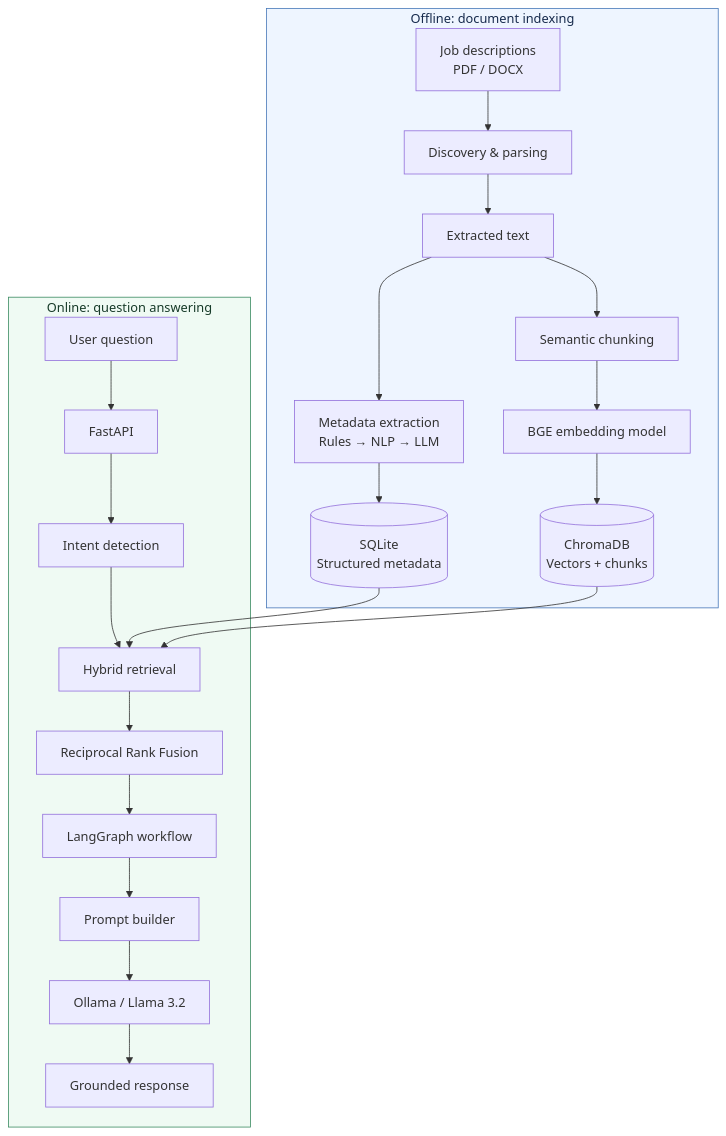
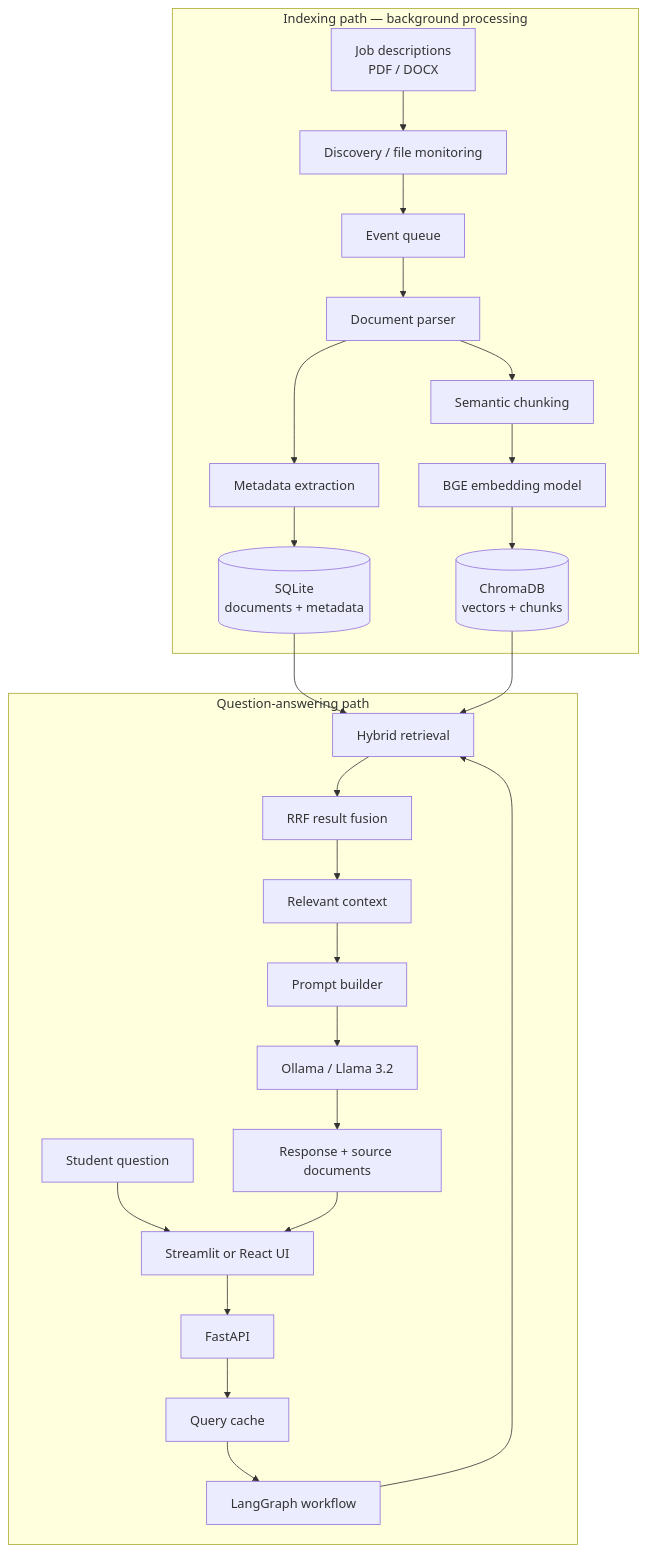
One commit to pratik-0302/job_description_agent changed the first of 10 diagrams in README.md. Above: the diagram before and after it, drawn with Mermaid. The commit also changed other lines of this file, not shown here.

Commit message:
Expand README with complete documentation and Mermaid diagrams

````diff
--- a/README.md
+++ b/README.md
@@ -40,28 +73,29 @@
 ```mermaid
 flowchart TB
-    subgraph OFFLINE["Offline: document indexing"]
-        A["Job descriptions<br/>PDF / DOCX"] --> B["Discovery & parsing"]
-        B --> C["Extracted text"]
-        C --> D["Metadata extraction<br/>Rules → NLP → LLM"]
-        C --> E["Semantic chunking"]
-        D --> F[("SQLite<br/>Structured metadata")]
-        E --> G["BGE embedding model"]
-        G --> H[("ChromaDB<br/>Vectors + chunks")]
+    subgraph INDEX["Indexing path — background processing"]
+        FILES["Job descriptions<br/>PDF / DOCX"] --> WATCH["Discovery / file monitoring"]
+        WATCH --> QUEUE["Event queue"]
+        QUEUE --> PARSE["Document parser"]
+        PARSE --> EXTRACT["Metadata extraction"]
+        PARSE --> CHUNK["Semantic chunking"]
+        EXTRACT --> SQL[("SQLite<br/>documents + metadata")]
+        CHUNK --> EMBED["BGE embedding model"]
+        EMBED --> CHROMA[("ChromaDB<br/>vectors + chunks")]
     end
 
-    subgraph ONLINE["Online: question answering"]
-        Q["User question"] --> API["FastAPI"]
-        API --> I["Intent detection"]
-        I --> R["Hybrid retrieval"]
-        F --> R
-        H --> R
-        R --> RR["Reciprocal Rank Fusion"]
-        RR --> LG["LangGraph workflow"]
-        LG --> P["Prompt builder"]
-        P --> L["Ollama / Llama 3.2"]
-        L --> OUT["Grounded response"]
+    subgraph QUERY["Question-answering path"]
+        USER["Student question"] --> UI["Streamlit or React UI"]
+        UI --> API["FastAPI"]
+        API --> CACHE["Query cache"]
+        CACHE --> GRAPH["LangGraph workflow"]
+        GRAPH --> RETRIEVE["Hybrid retrieval"]
+        SQL --> RETRIEVE
+        CHROMA --> RETRIEVE
+        RETRIEVE --> FUSION["RRF result fusion"]
+        FUSION --> CONTEXT["Relevant context"]
+        CONTEXT --> PROMPT["Prompt builder"]
+        PROMPT --> OLLAMA["Ollama / Llama 3.2"]
+        OLLAMA --> ANSWER["Response + source documents"]
+        ANSWER --> UI
     end
-
-    style OFFLINE fill:#eef5ff,stroke:#4778b8,color:#172b4d
-    style ONLINE fill:#effaf3,stroke:#3b8b62,color:#173b29
 ```
````
